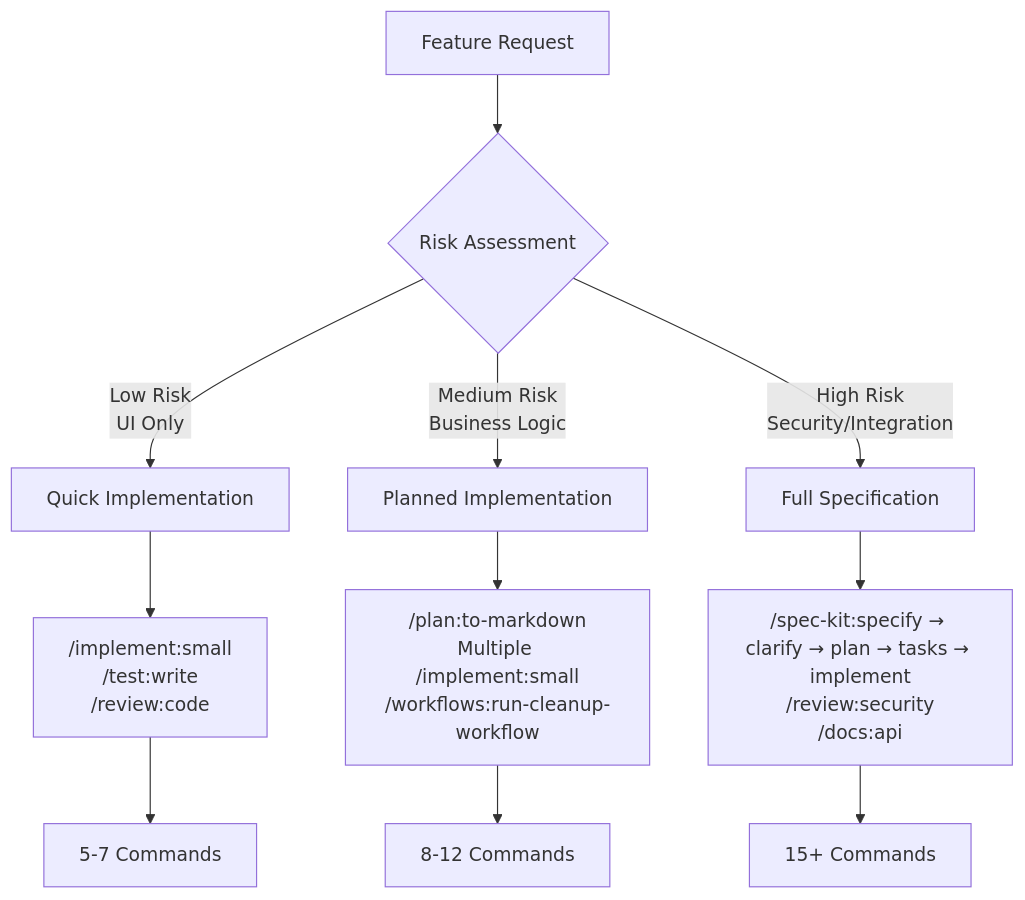
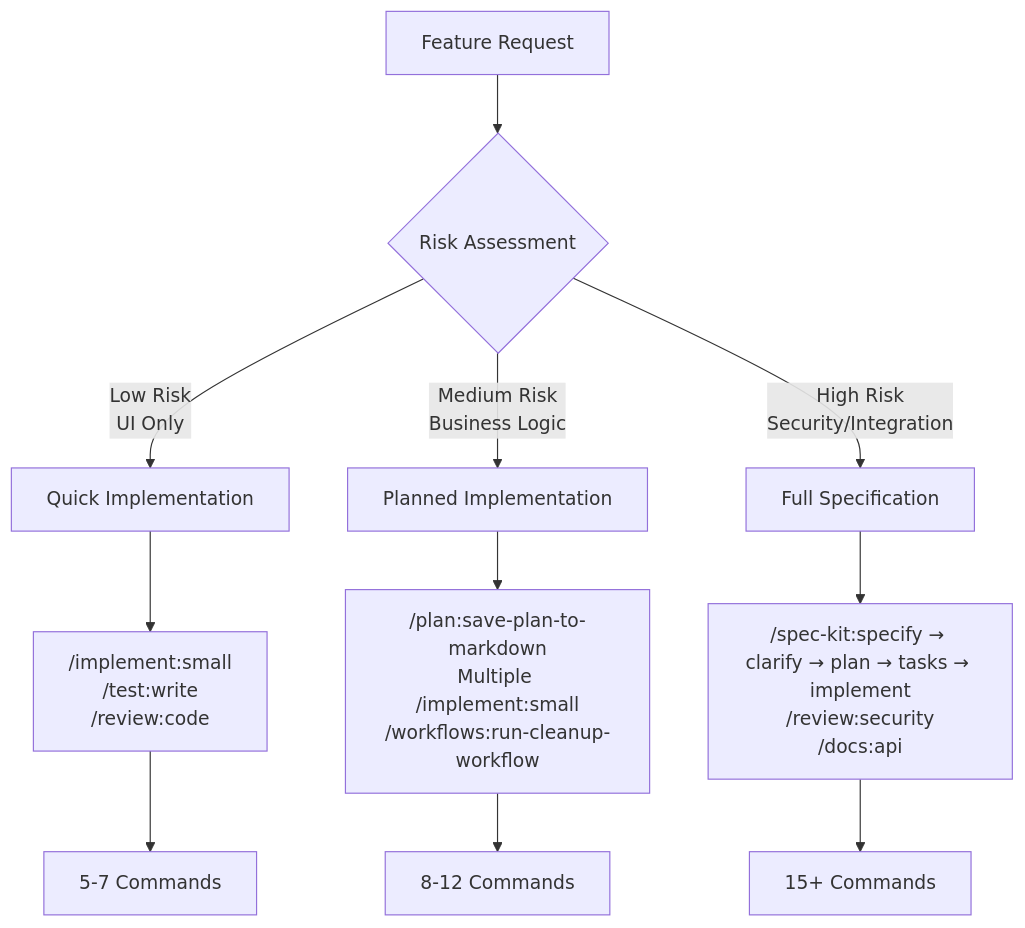
Diagram 11 of 31 in docs/developer-workflows.md (thomasholknielsen/claude-code-config), drawn with Mermaid before and after one commit. The commit also changed other lines of this file and 7 other files, not shown here.

````diff
--- a/docs/developer-workflows.md
+++ b/docs/developer-workflows.md
@@ -649,16 +648,16 @@
 ```mermaid
 graph TD
     A[Feature Request] --> B{Risk Assessment}
 
     B -->|Low Risk<br/>UI Only| C[Quick Implementation]
     B -->|Medium Risk<br/>Business Logic| D[Planned Implementation]
     B -->|High Risk<br/>Security/Integration| E[Full Specification]
 
     C --> F["/implement:small<br/>/test:write<br/>/review:code"]
-    D --> G["/plan:to-markdown<br/>Multiple /implement:small<br/>/workflows:run-cleanup-workflow"]
+    D --> G["/plan:save-plan-to-markdown<br/>Multiple /implement:small<br/>/workflows:run-cleanup-workflow"]
     E --> H["/spec-kit:specify → clarify → plan → tasks → implement<br/>/review:security<br/>/docs:api"]
 
     F --> I[5-7 Commands]
     G --> J[8-12 Commands]
     H --> K[15+ Commands]
 ```
````
